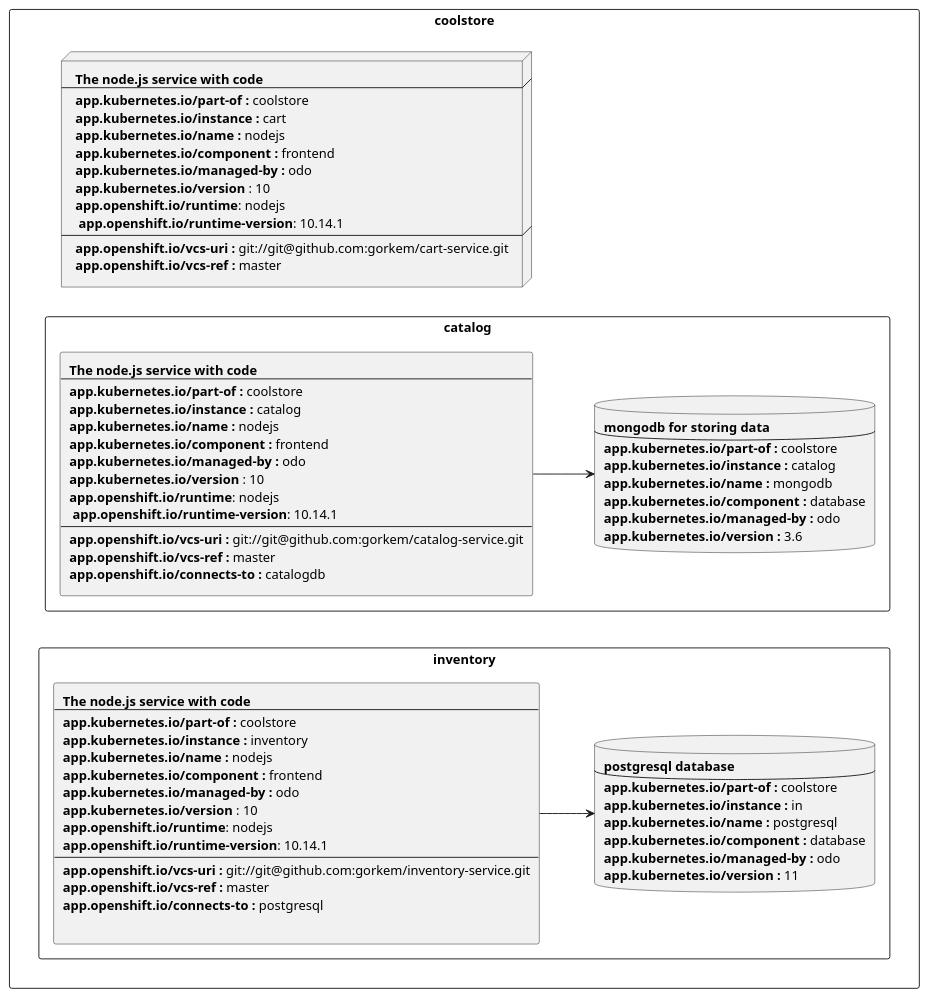
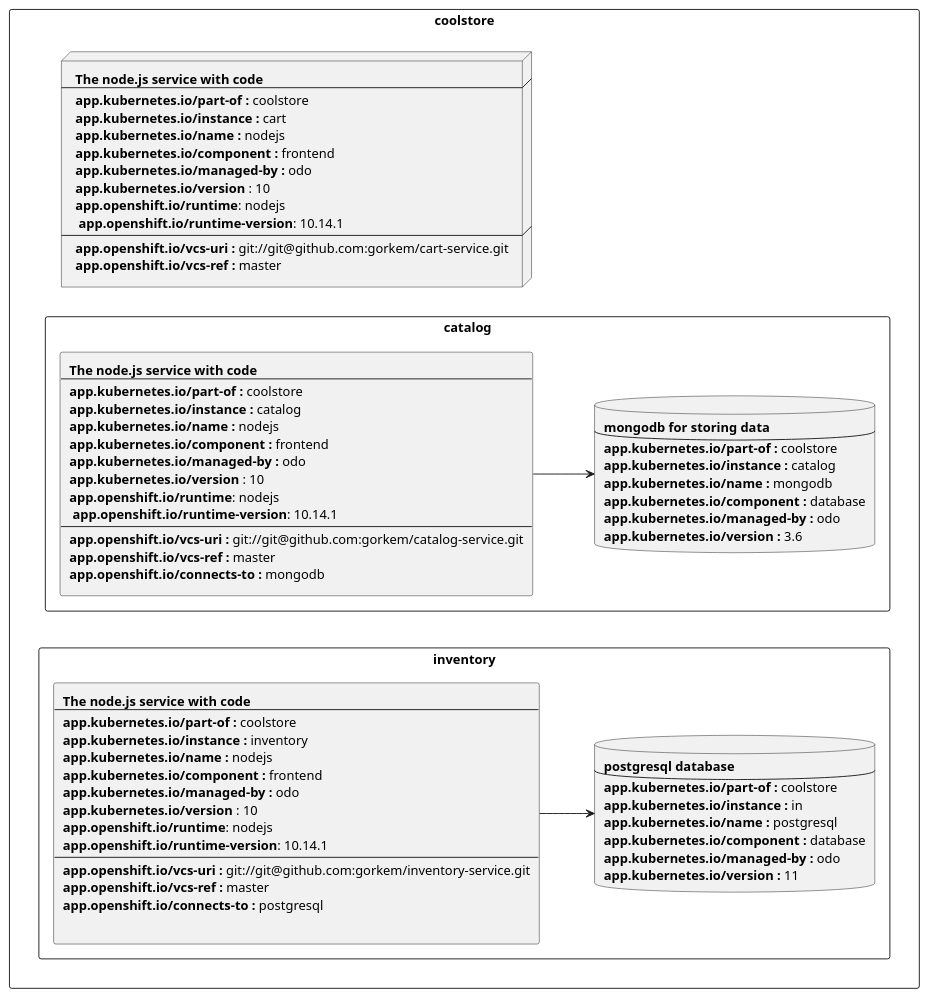
One commit to redhat-developer/app-labels changed the second of 2 diagrams in labels-annotation-for-openshift.adoc. Above: the diagram before and after it, drawn with PlantUML.

```diff
--- a/labels-annotation-for-openshift.adoc
+++ b/labels-annotation-for-openshift.adoc
@@ -211,7 +211,7 @@
                     ----
                     <b>app.openshift.io/vcs-uri :</b> git://git@github.com:gorkem/catalog-service.git
                     <b>app.openshift.io/vcs-ref :</b> master
-                    <b>app.openshift.io/connects-to :</b> catalogdb
+                    <b>app.openshift.io/connects-to :</b> mongodb
                 ]
                 catalog --> catalogdb
         }
```
